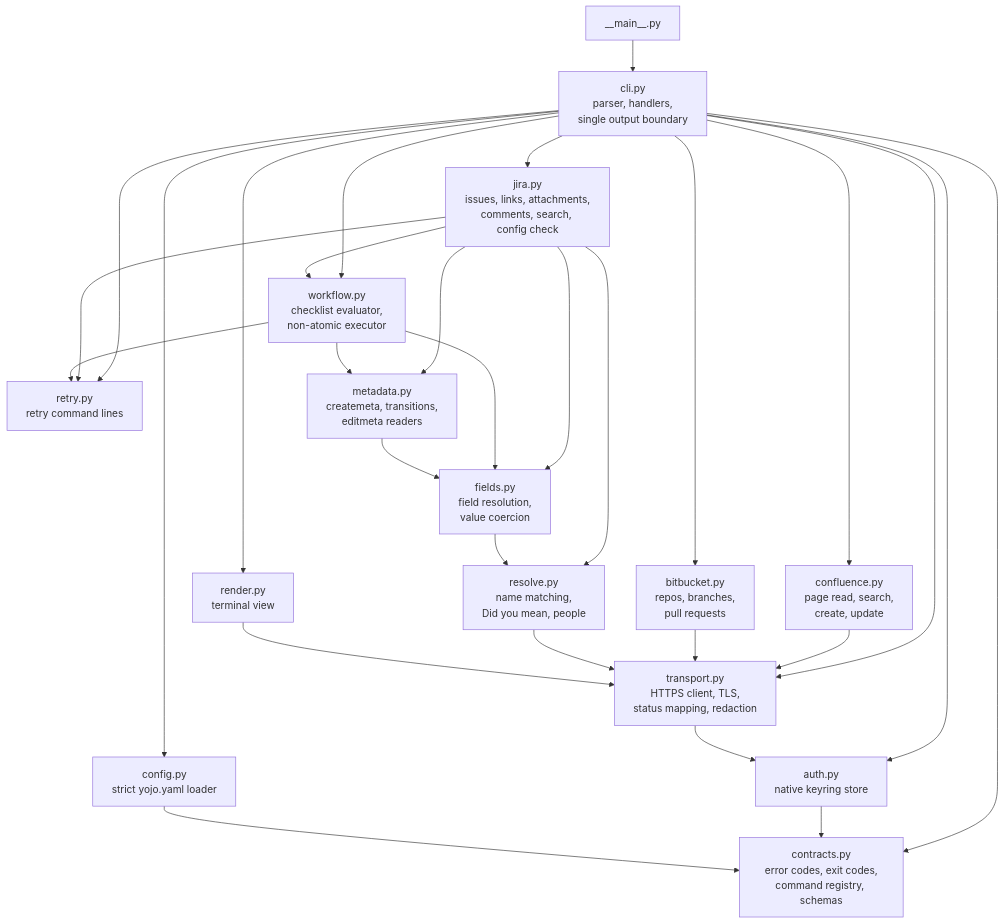
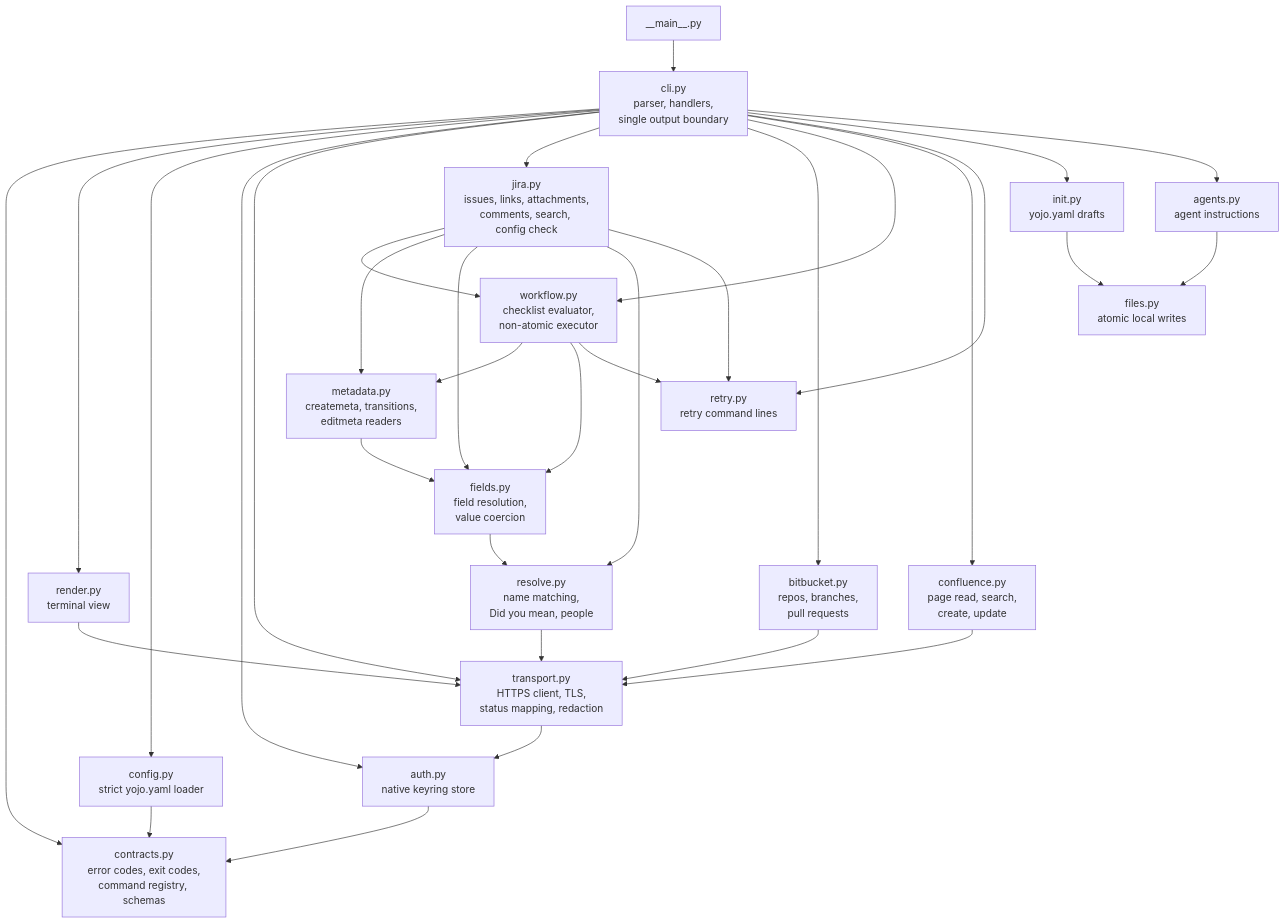
One commit to calvinware/atlass-cli changed the diagram in docs/contributing.md. Above: the diagram before and after it, drawn with Mermaid. The commit also changed other lines of this file and 21 other files, not shown here.

Commit message:
feat(cli): add init and agent instructions (#16)

````diff
--- a/docs/contributing.md
+++ b/docs/contributing.md
@@ -33,33 +33,38 @@
 ```mermaid
 flowchart TD
     main["__main__.py"] --> cli
     cli["cli.py<br/>parser, handlers,<br/>single output boundary"] --> contracts
     cli --> render
     cli --> config
     cli --> auth
     cli --> transport
     cli --> jira
     cli --> bitbucket
     cli --> workflow
     cli --> confluence
     cli --> retry
+    cli --> init
+    cli --> agents
+    init["init.py<br/>yojo.yaml drafts"] --> files
+    agents["agents.py<br/>agent instructions"] --> files
+    files["files.py<br/>atomic local writes"]
     jira["jira.py<br/>issues, links, attachments,<br/>comments, search, config check"] --> workflow
     jira --> metadata
     jira --> fields
     jira --> resolve
     jira --> retry
     workflow["workflow.py<br/>checklist evaluator,<br/>non-atomic executor"] --> metadata
     workflow --> fields
     workflow --> retry
     confluence["confluence.py<br/>page read, search,<br/>create, update"] --> transport
     bitbucket["bitbucket.py<br/>repos, branches,<br/>pull requests"] --> transport
     metadata["metadata.py<br/>createmeta, transitions,<br/>editmeta readers"] --> fields
     fields["fields.py<br/>field resolution,<br/>value coercion"] --> resolve
     resolve["resolve.py<br/>name matching,<br/>Did you mean, people"] --> transport
     retry["retry.py<br/>retry command lines"]
     render["render.py<br/>terminal view"] --> transport
     transport["transport.py<br/>HTTPS client, TLS,<br/>status mapping, redaction"] --> auth
     auth["auth.py<br/>native keyring store"] --> contracts
     config["config.py<br/>strict yojo.yaml loader"] --> contracts
     contracts["contracts.py<br/>error codes, exit codes,<br/>command registry, schemas"]
 ```
````
